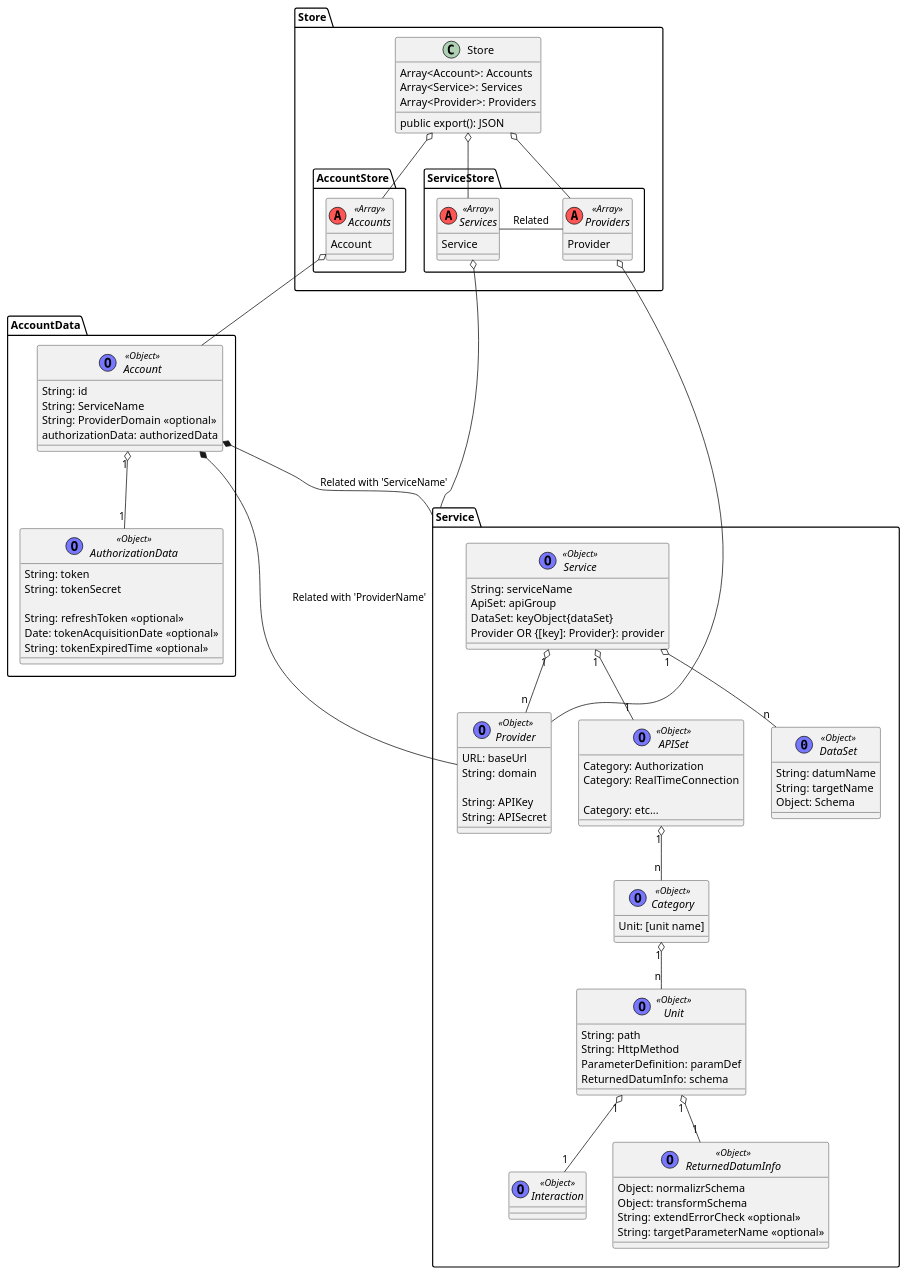
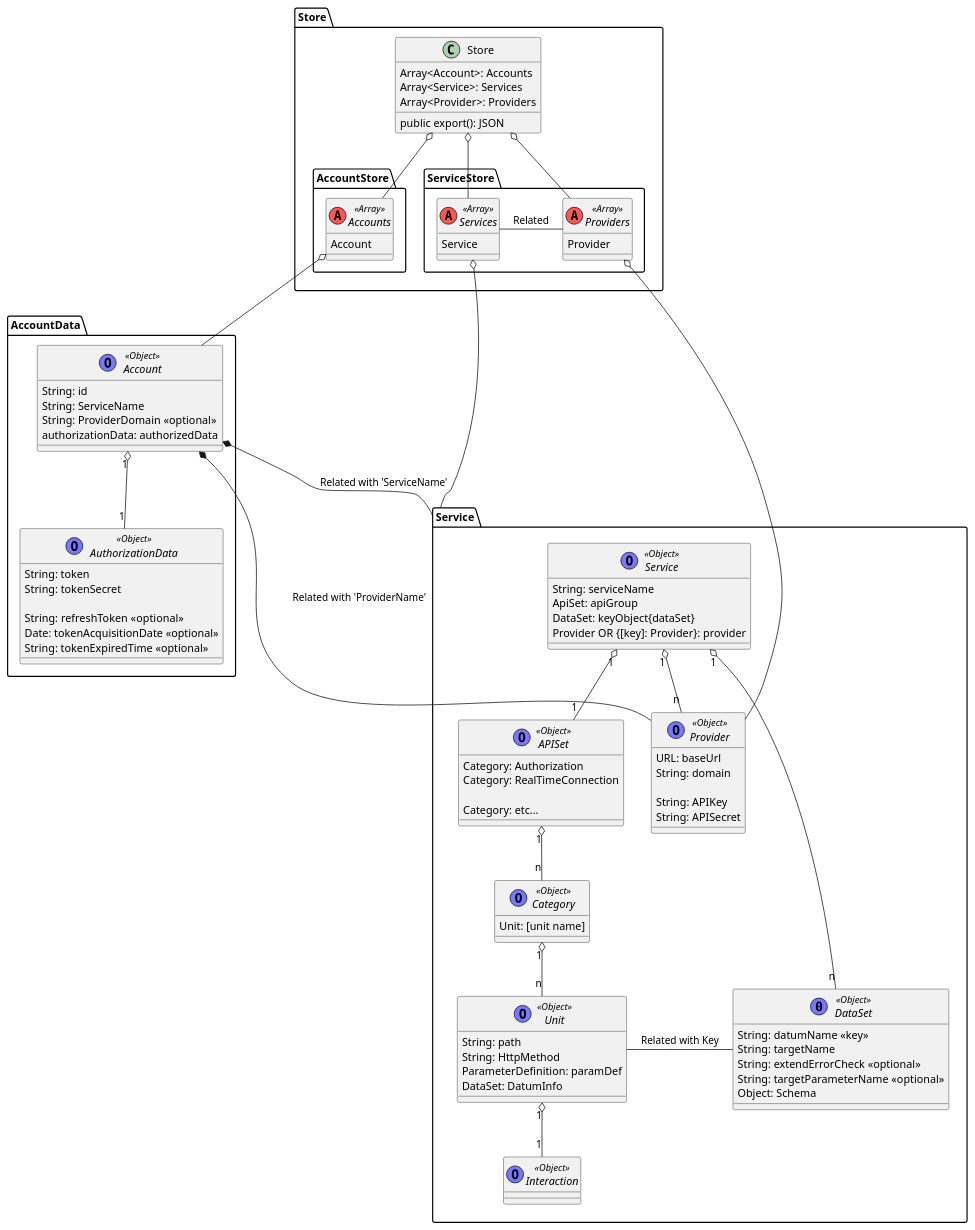
Before and after one commit to origamium/Tenpest-Core: the diagram in blueprint/StoredObject.puml, drawn with PlantUML.

Commit message:
降ってきたデータの管理方法を変更

```diff
--- a/blueprint/StoredObject.puml
+++ b/blueprint/StoredObject.puml
@@ -1,120 +1,114 @@
 @startuml
 
 package Store{
     class Store{
         Array<Account>: Accounts
         Array<Service>: Services
         Array<Provider>: Providers
         public export(): JSON
     }
 
     package AccountStore{
         interface Accounts <<(A,#FF5555) Array>>{
             Account
         }
     }
 
     package ServiceStore{
         interface Services <<(A,#FF5555) Array>>{
             Service
         }
         interface Providers <<(A,#FF5555) Array>>{
             Provider
         }
     }
 
     Store o-- Accounts
     Store o-- Services
     Store o-- Providers
 }
 
 package "AccountData" {
     interface Account<<(O,#7777FF)Object>>{
         String: id
         String: ServiceName
         String: ProviderDomain <<optional>>
         authorizationData: authorizedData
     }
 
     interface AuthorizationData<<(O,#7777FF)Object>>{
         String: token
         String: tokenSecret
 
         String: refreshToken <<optional>>
         Date: tokenAcquisitionDate <<optional>>
         String: tokenExpiredTime <<optional>>
     }
 
     Account "1" o-- "1" AuthorizationData
 }
 
 package "Service" {
     interface Service<<(O,#7777FF)Object>>{
         String: serviceName
         ApiSet: apiGroup
         DataSet: keyObject{dataSet}
         Provider OR {[key]: Provider}: provider
     }
 
     interface Provider<<(O,#7777FF)Object>>{
         URL: baseUrl
         String: domain
 
         String: APIKey
         String: APISecret
     }
 
     interface APISet<<(O,#7777FF)Object>>{
         Category: Authorization
         Category: RealTimeConnection
 
         Category: etc...
     }
 
     interface DataSet<<(0, #7777FF)Object>>{
-        String: datumName
+        String: datumName <<key>>
         String: targetName
+        String: extendErrorCheck <<optional>>
+        String: targetParameterName <<optional>>
         Object: Schema
     }
 
     interface Category<<(O,#7777FF)Object>>{
         Unit: [unit name]
     }
 
     interface Unit<<(O,#7777FF)Object>>{
         String: path
         String: HttpMethod
         ParameterDefinition: paramDef
-        ReturnedDatumInfo: schema
+        DataSet: DatumInfo
     }
 
     interface Interaction<<(O,#7777FF)Object>>{
 
     }
 
-    interface ReturnedDatumInfo<<(O,#7777FF)Object>>{
-        Object: normalizrSchema
-        Object: transformSchema
-        String: extendErrorCheck <<optional>>
-        String: targetParameterName <<optional>>
-    }
-
-
     Service "1" o-- "n" Provider
     Service "1" o-- "n" DataSet
     Service "1" o-- "1" APISet
     APISet "1" o-- "n" Category
     Category "1"  o-- "n" Unit
-    Unit "1" o-- "1" ReturnedDatumInfo
+    Unit - DataSet : Related with Key
     Unit "1" o-- "1" Interaction
 }
 
 Account *-- Service : Related with 'ServiceName'
 Account *-- Provider : Related with 'ProviderName'
 
 Accounts o-- Account
 Services o-- Service
 Providers o-- Provider
 Services - Providers : Related
 
 @enduml
```
